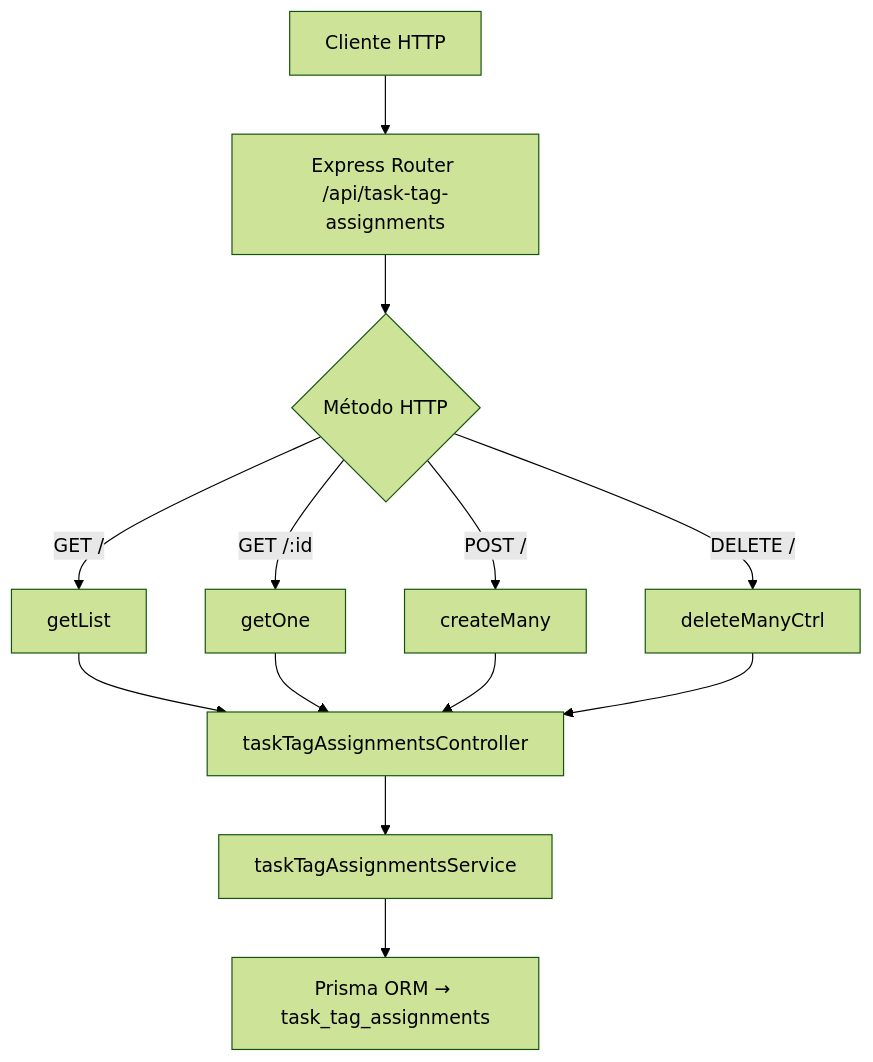
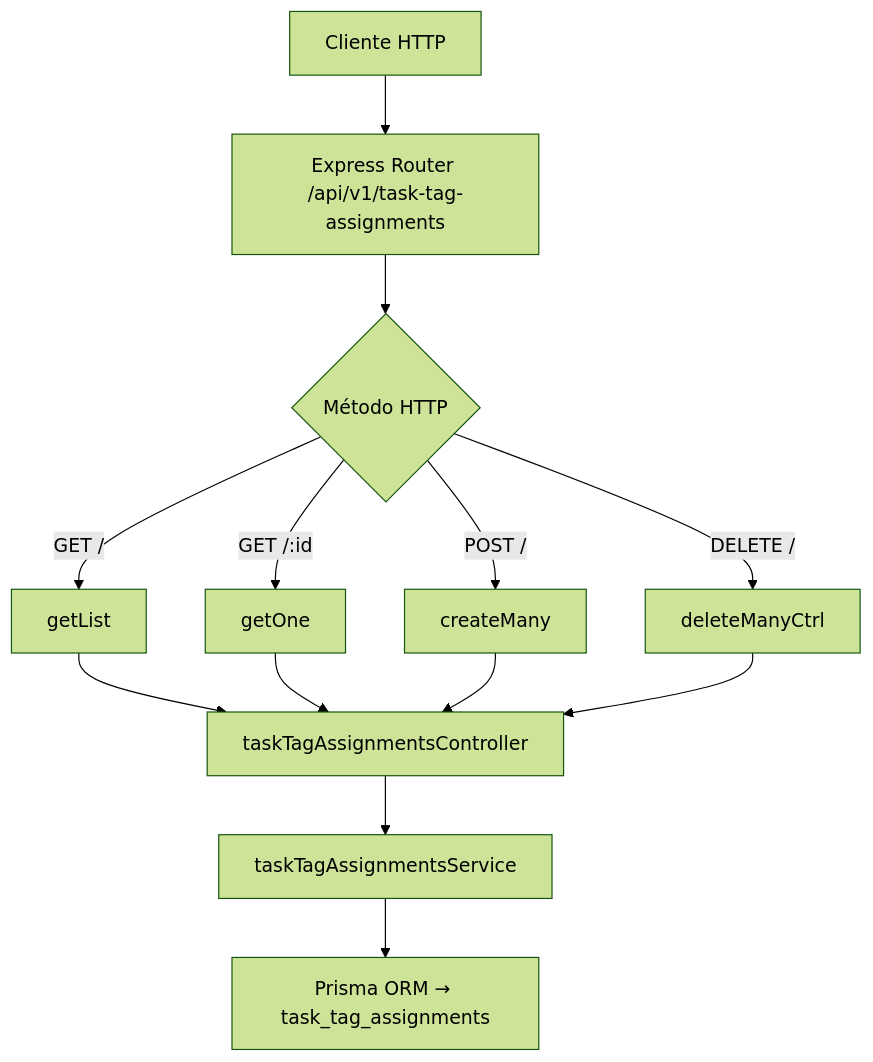
One commit to Syntel-Labs/study-task-insights changed the diagram in docs/code/server/routes/taskTagAssignmentsRoutes.md. Above: the diagram before and after it, drawn with Mermaid (forest theme). The commit also changed other lines of this file and 29 other files, not shown here.

````diff
--- a/docs/code/server/routes/taskTagAssignmentsRoutes.md
+++ b/docs/code/server/routes/taskTagAssignmentsRoutes.md
@@ -65,12 +65,12 @@
 ```mermaid
 flowchart TD
-  A[Cliente HTTP] --> B[Express Router /api/task-tag-assignments]
+  A[Cliente HTTP] --> B[Express Router /api/v1/task-tag-assignments]
   B --> C{Método HTTP}
   C -->|GET /| D[getList]
   C -->|GET /:id| E[getOne]
   C -->|POST /| F[createMany]
   C -->|DELETE /| G[deleteManyCtrl]
   D & E & F & G --> H[taskTagAssignmentsController]
   H --> I[taskTagAssignmentsService]
   I --> J[Prisma ORM → task_tag_assignments]
 ```
````
